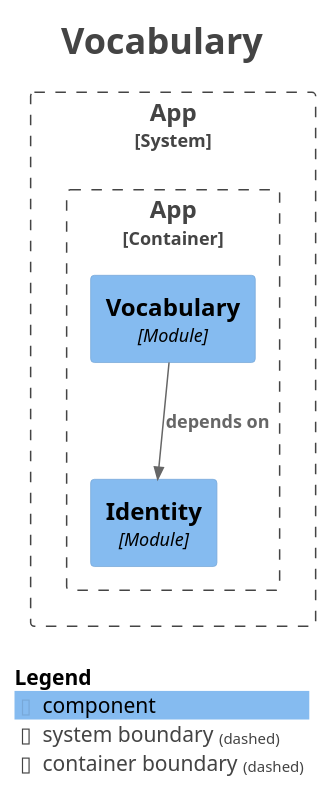
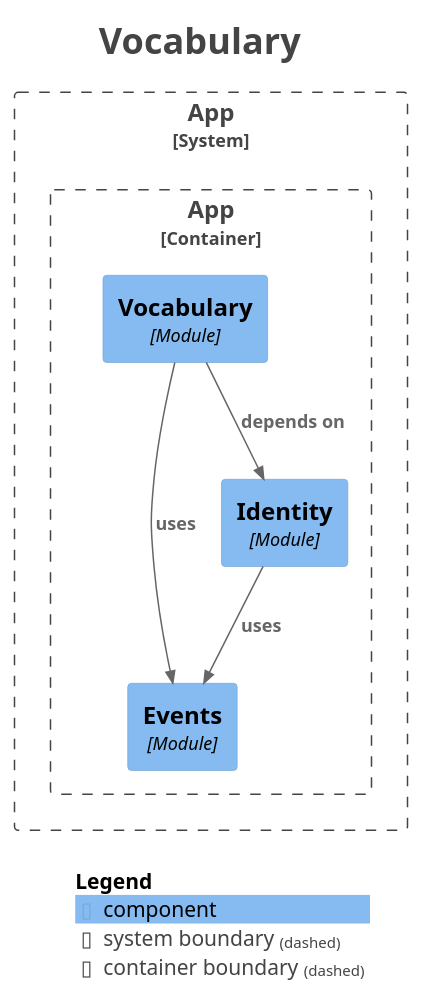
The diagram in docs/generated/module-vocabulary.puml (mrscams/psymate-api), drawn with PlantUML before and after one commit. The commit also changed 7 other files, not shown here.

```diff
--- a/docs/generated/module-vocabulary.puml
+++ b/docs/generated/module-vocabulary.puml
@@ -1,30 +1,33 @@
 @startuml
 title <size:24>Vocabulary</size>
 
 set separator none
 top to bottom direction
 
 <style>
   root {
     BackgroundColor: #ffffff
     FontColor: #444444
   }
 </style>
 
 !include <C4/C4>
 !include <C4/C4_Context>
 !include <C4/C4_Component>
 
 System_Boundary("App_boundary", "App", $tags="") {
   Container_Boundary("App.App_boundary", "App", $tags="") {
+    Component(App.App.Events, "Events", $techn="Module", $descr="", $tags="", $link="")
     Component(App.App.Identity, "Identity", $techn="Module", $descr="", $tags="", $link="")
     Component(App.App.Vocabulary, "Vocabulary", $techn="Module", $descr="", $tags="", $link="")
   }
 
 }
 
+Rel(App.App.Identity, App.App.Events, "uses", $techn="", $tags="", $link="")
+Rel(App.App.Vocabulary, App.App.Events, "uses", $techn="", $tags="", $link="")
 Rel(App.App.Vocabulary, App.App.Identity, "depends on", $techn="", $tags="", $link="")
 
 SHOW_LEGEND(true)
 hide stereotypes
 @enduml
```
